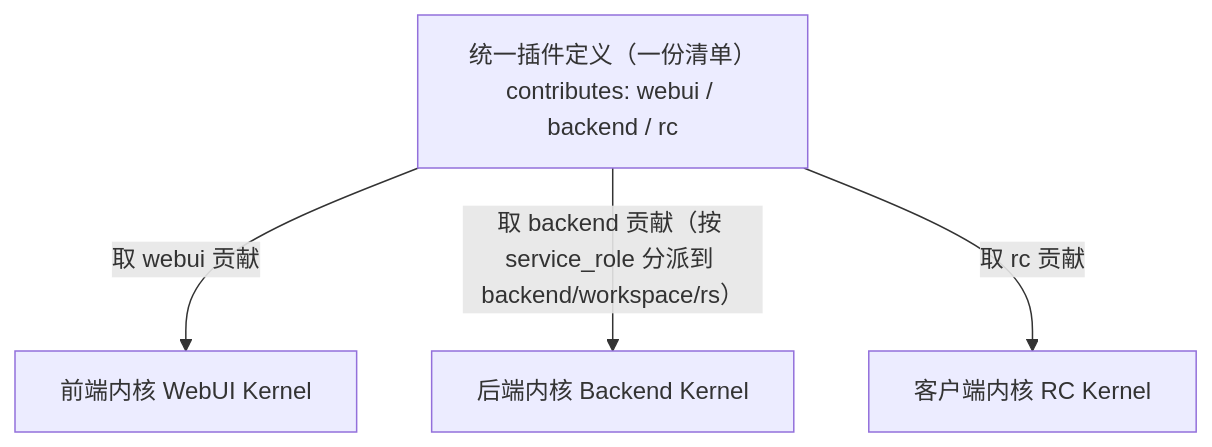
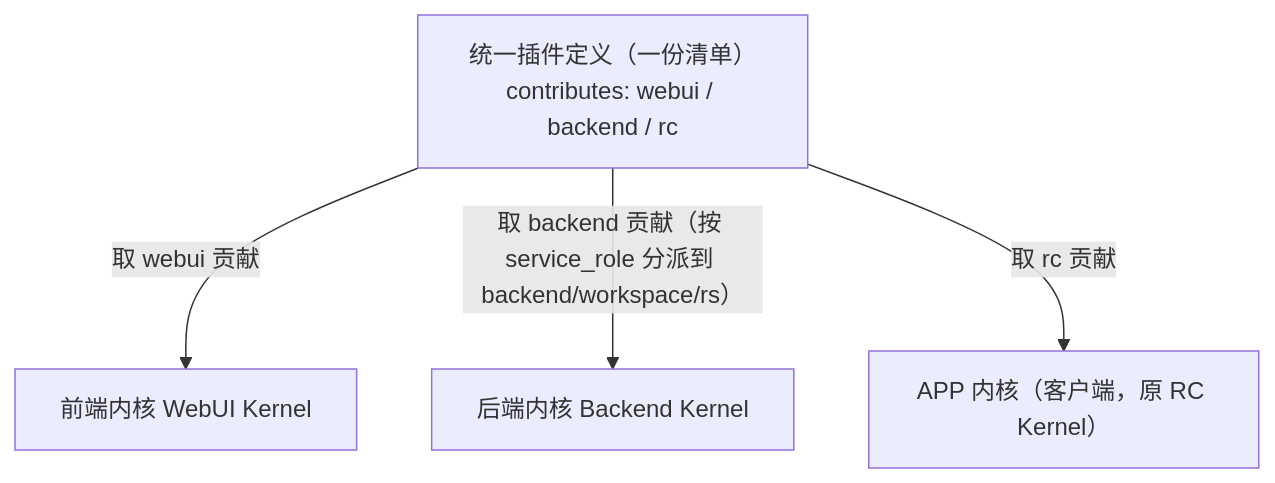
Before and after one commit to yandt/VastPlan: the first of 3 diagrams in docs/dev/architecture/插件契约与协议.md, drawn with Mermaid. The commit also changed other lines of this file and 6 other files, not shown here.

````diff
--- a/docs/dev/architecture/插件契约与协议.md
+++ b/docs/dev/architecture/插件契约与协议.md
@@ -14,7 +14,7 @@
 ```mermaid
 flowchart TB
   M["统一插件定义（一份清单）<br/>contributes: webui / backend / rc"]
   M -->|取 webui 贡献| WK["前端内核 WebUI Kernel"]
   M -->|取 backend 贡献（按 service_role 分派到 backend/workspace/rs）| BK["后端内核 Backend Kernel"]
-  M -->|取 rc 贡献| RK["客户端内核 RC Kernel"]
+  M -->|取 rc 贡献| RK["APP 内核（客户端，原 RC Kernel）"]
 ```
````
